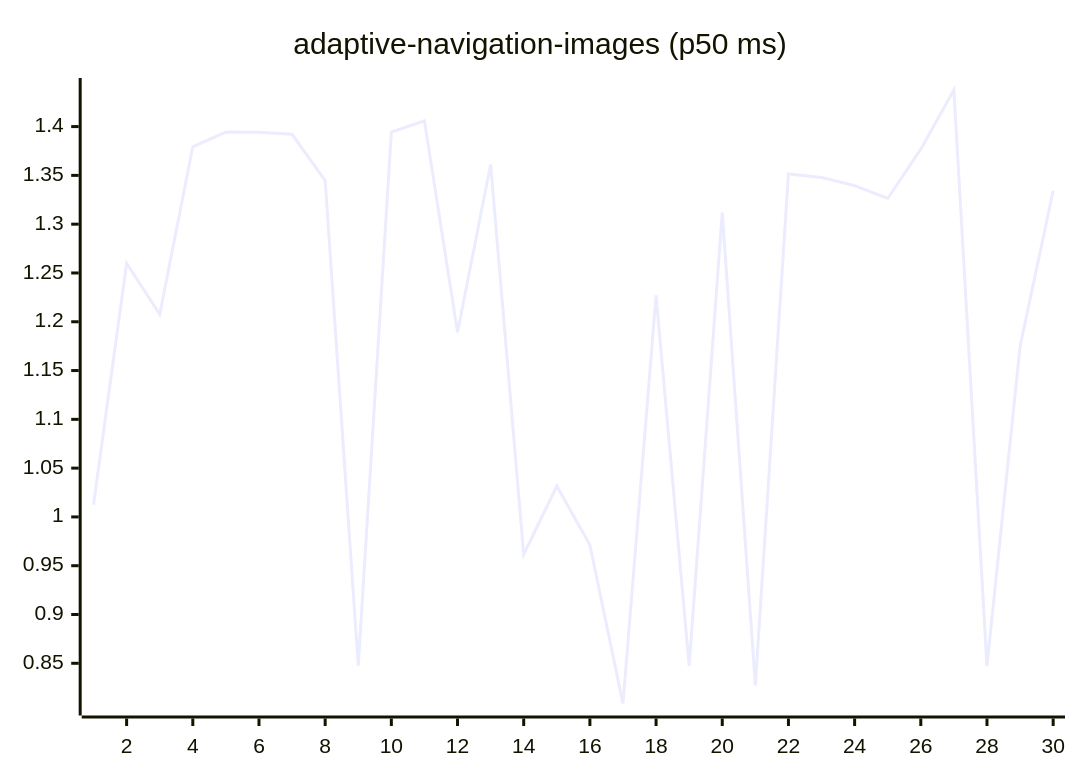
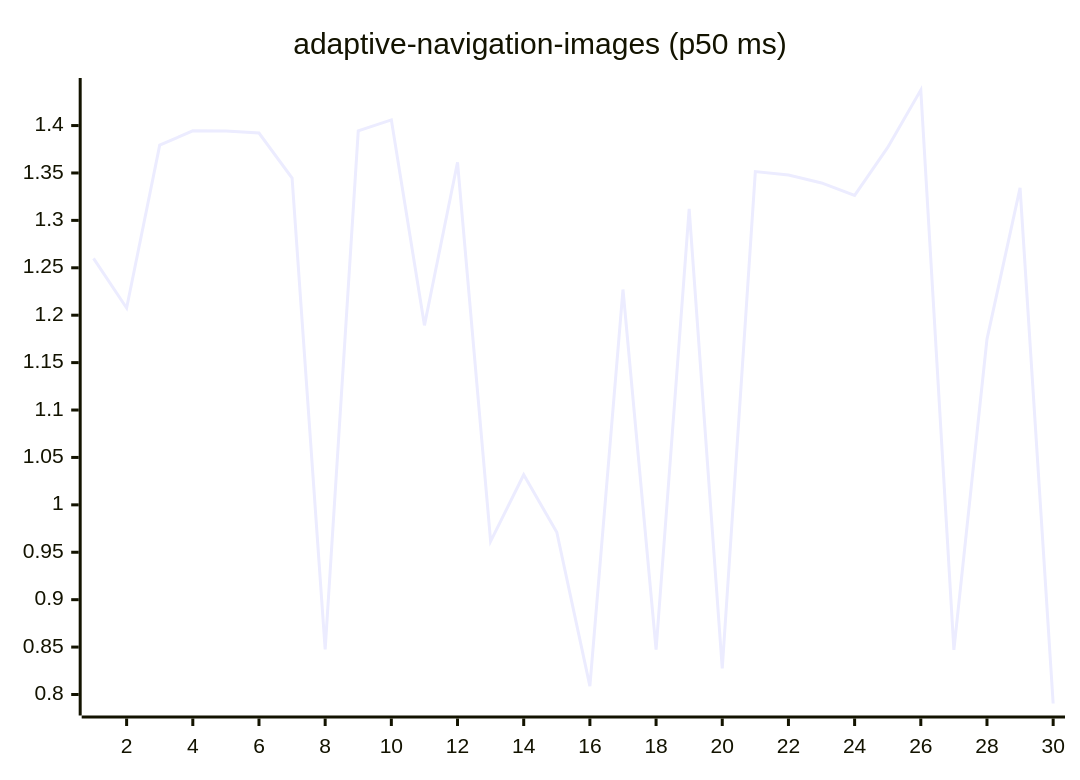
One commit to josha/Facet changed the first of 27 diagrams in README.md. Above: the diagram before and after it, drawn with Mermaid. The commit also changed other lines of this file and 2 other files, not shown here.

````diff
--- a/README.md
+++ b/README.md
@@ -63,6 +63,6 @@
 ```mermaid
 xychart-beta
     title "adaptive-navigation-images (p50 ms)"
     x-axis 1 --> 30
-    line [1.0125, 1.2600, 1.2076, 1.3793, 1.3944, 1.3942, 1.3921, 1.3447, 0.8475, 1.3944, 1.4060, 1.1893, 1.3612, 0.9615, 1.0317, 0.9711, 0.8088, 1.2271, 0.8473, 1.3121, 0.8274, 1.3515, 1.3479, 1.3395, 1.3263, 1.3769, 1.4375, 0.8471, 1.1748, 1.3343]
+    line [1.2600, 1.2076, 1.3793, 1.3944, 1.3942, 1.3921, 1.3447, 0.8475, 1.3944, 1.4060, 1.1893, 1.3612, 0.9615, 1.0317, 0.9711, 0.8088, 1.2271, 0.8473, 1.3121, 0.8274, 1.3515, 1.3479, 1.3395, 1.3263, 1.3769, 1.4375, 0.8471, 1.1748, 1.3343, 0.7905]
 ```
````
